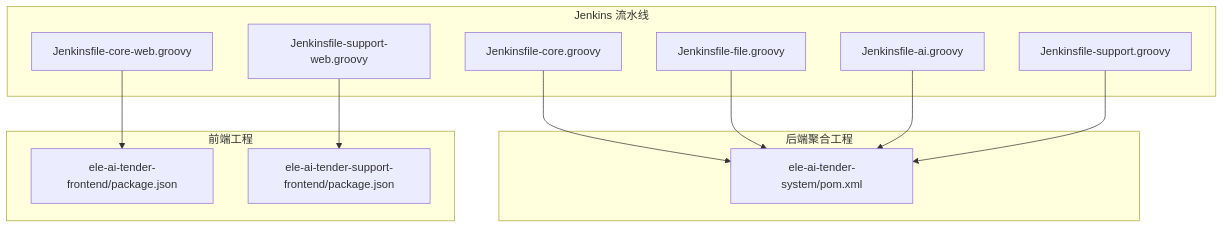
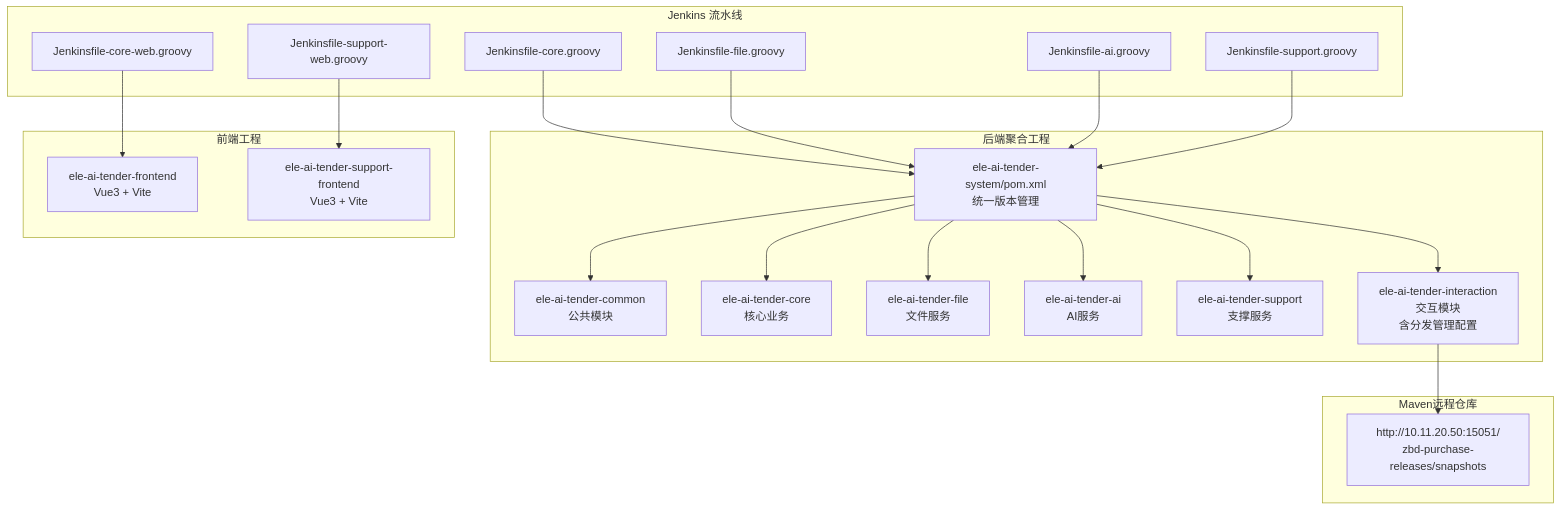
Before and after one commit to DrunkFood/First: the first of 6 diagrams in .qoder/repowiki/zh/content/部署运维/CI_CD流水线.md, drawn with Mermaid. The commit also changed other lines of this file and 66 other files, not shown here.

````diff
--- a/.qoder/repowiki/zh/content/部署运维/CI_CD流水线.md
+++ b/.qoder/repowiki/zh/content/部署运维/CI_CD流水线.md
@@ -38,24 +47,40 @@
 ```mermaid
 graph TB
 subgraph "Jenkins 流水线"
 JCore["Jenkinsfile-core.groovy"]
 JFile["Jenkinsfile-file.groovy"]
 JAI["Jenkinsfile-ai.groovy"]
 JSupport["Jenkinsfile-support.groovy"]
 JWeb["Jenkinsfile-core-web.groovy"]
 JSWeb["Jenkinsfile-support-web.groovy"]
 end
 subgraph "后端聚合工程"
-POM["ele-ai-tender-system/pom.xml"]
+POM["ele-ai-tender-system/pom.xml<br/>统一版本管理"]
+Common["ele-ai-tender-common<br/>公共模块"]
+Core["ele-ai-tender-core<br/>核心业务"]
+File["ele-ai-tender-file<br/>文件服务"]
+AI["ele-ai-tender-ai<br/>AI服务"]
+Support["ele-ai-tender-support<br/>支撑服务"]
+Interaction["ele-ai-tender-interaction<br/>交互模块<br/>含分发管理配置"]
 end
 subgraph "前端工程"
-FE1["ele-ai-tender-frontend/package.json"]
-FE2["ele-ai-tender-support-frontend/package.json"]
+FE1["ele-ai-tender-frontend<br/>Vue3 + Vite"]
+FE2["ele-ai-tender-support-frontend<br/>Vue3 + Vite"]
+end
+subgraph "Maven远程仓库"
+Repo["http://10.11.20.50:15051/<br/>zbd-purchase-releases/snapshots"]
 end
 JCore --> POM
 JFile --> POM
 JAI --> POM
 JSupport --> POM
 JWeb --> FE1
 JSWeb --> FE2
+POM --> Common
+POM --> Core
+POM --> File
+POM --> AI
+POM --> Support
+POM --> Interaction
+Interaction --> Repo
 ```
````
